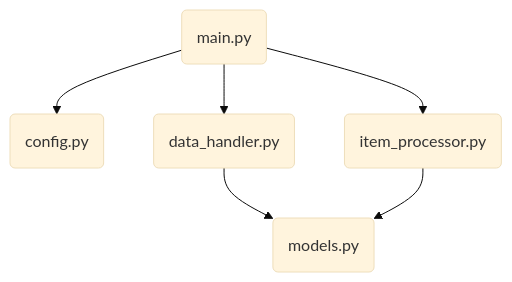
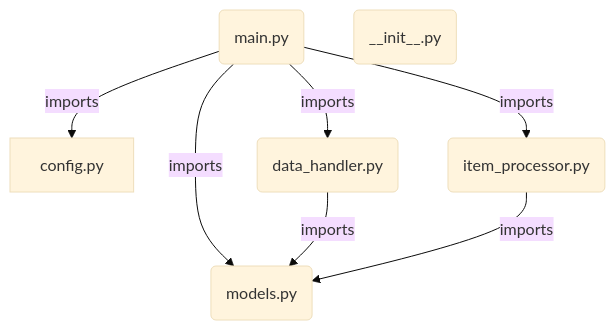
Before and after one commit to OpenXFlow/sourceLensAI: the second of 7 diagrams in output/python-sample-project/07_diagrams.md, drawn with Mermaid (base theme). The commit also changed other lines of this file and 15 other files, not shown here.

````diff
--- a/output/python-sample-project/07_diagrams.md
+++ b/output/python-sample-project/07_diagrams.md
@@ -24,8 +34,15 @@
 ```mermaid
 graph TD
-    M(main.py) --> C(config.py)
-    M --> DH(data_handler.py)
-    M --> IP(item_processor.py)
-    DH --> MO(models.py)
-    IP --> MO
+    M(main.py)
+    C["config.py"]
+    D(data_handler.py)
+    I(item_processor.py)
+    MO(models.py)
+    I_init(__init__.py)
+    M -->|"imports"| C
+    M -->|"imports"| D
+    M -->|"imports"| I
+    M -->|"imports"| MO
+    D -->|"imports"| MO
+    I -->|"imports"| MO
 ```
````
